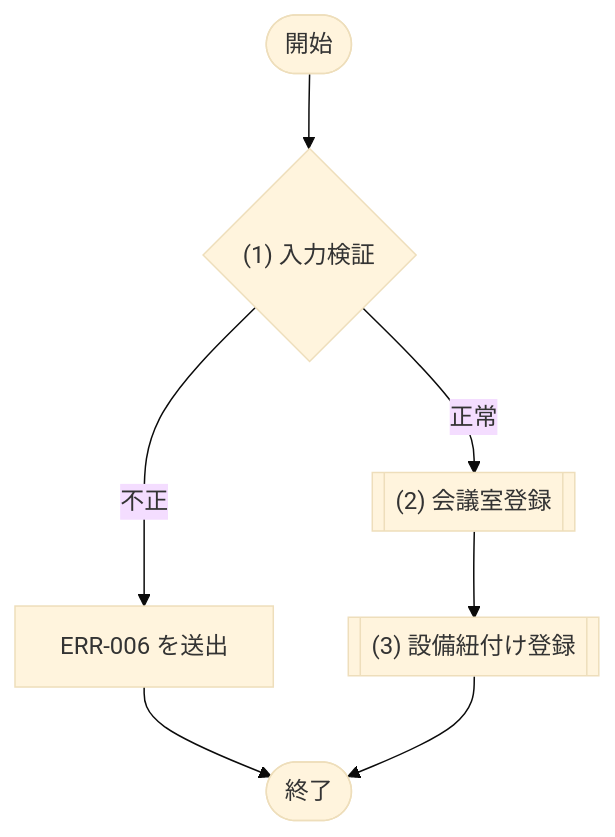
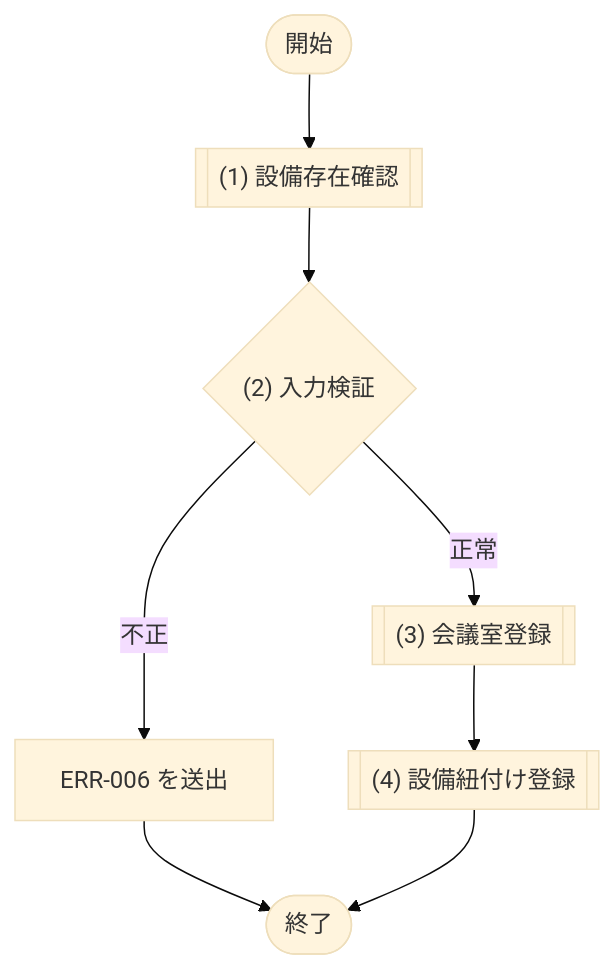
The first of 5 diagrams in docs/03_機能設計/05_モジュール設計/MOD-004_会議室管理サービス.md (sikakou54/system-document-template), drawn with Mermaid (base theme) before and after one commit. The commit also changed other lines of this file and 15 other files, not shown here.

````diff
--- a/docs/03_機能設計/05_モジュール設計/MOD-004_会議室管理サービス.md
+++ b/docs/03_機能設計/05_モジュール設計/MOD-004_会議室管理サービス.md
@@ -63,13 +63,14 @@
 ```mermaid
 flowchart TD
   Start([開始])
-  D1{"(1) 入力検証"}
-  P1[["(2) 会議室登録"]]
-  P2[["(3) 設備紐付け登録"]]
+  P1[["(1) 設備存在確認"]]
+  D1{"(2) 入力検証"}
+  P2[["(3) 会議室登録"]]
+  P3[["(4) 設備紐付け登録"]]
   E1["ERR-006 を送出"]
   End([終了])
 
-  Start --> D1
+  Start --> P1 --> D1
   D1 -- "不正" --> E1 --> End
-  D1 -- "正常" --> P1 --> P2 --> End
+  D1 -- "正常" --> P2 --> P3 --> End
 ```
````
